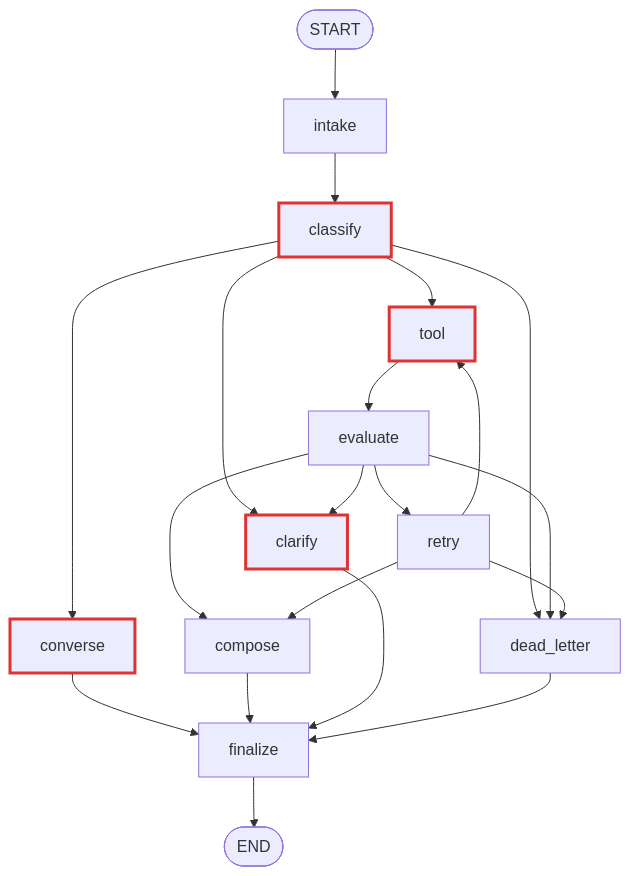
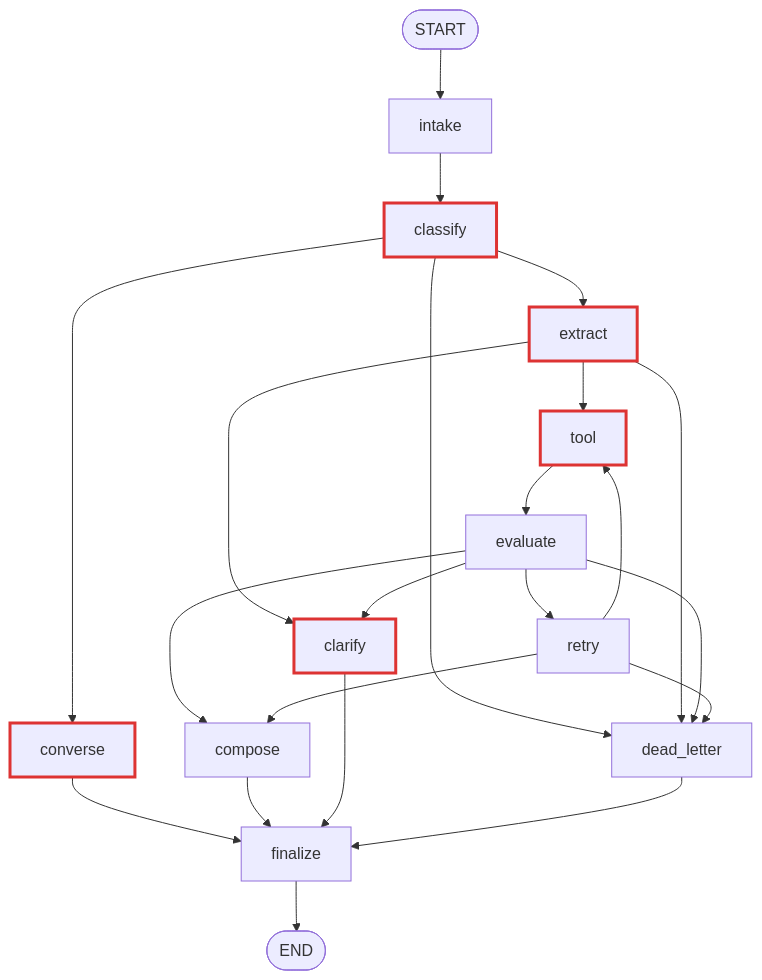
Before and after one commit to NguyenNhat4/Travel-Recommend-System: the diagram in docs/spec/agent/langgraph-nodes.md, drawn with Mermaid. The commit also changed other lines of this file and 23 other files, not shown here.

Commit message:
feat(agent): tách node classify và extract, từ chối câu lệnh chèn và hỏi gộp chi tiết chuyến đi

````diff
--- a/docs/spec/agent/langgraph-nodes.md
+++ b/docs/spec/agent/langgraph-nodes.md
@@ -102,34 +105,38 @@
 ```mermaid
 flowchart TD
     START([START]) --> intake
     intake --> classify
 
     classify --> converse
-    classify --> tool
-    classify --> clarify
+    classify --> extract
     classify --> dead_letter
+
+    extract --> tool
+    extract --> clarify
+    extract --> dead_letter
 
     tool --> evaluate
 
     evaluate --> clarify
     evaluate --> retry
     evaluate --> dead_letter
     evaluate --> compose
 
     retry --> compose
     retry --> dead_letter
     retry --> tool
 
     converse --> finalize
     compose --> finalize
     clarify --> finalize
     dead_letter --> finalize
 
     finalize --> END([END])
 
     classify:::llm
+    extract:::llm
     tool:::llm
     converse:::llm
     clarify:::llm
     classDef llm stroke:#d33,stroke-width:3px;
 ```
````
